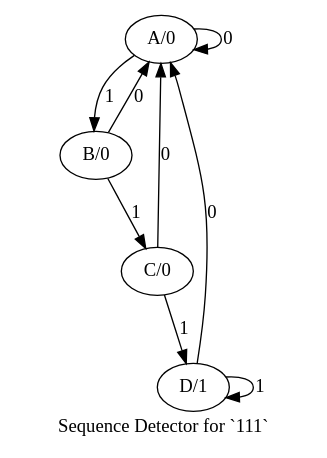
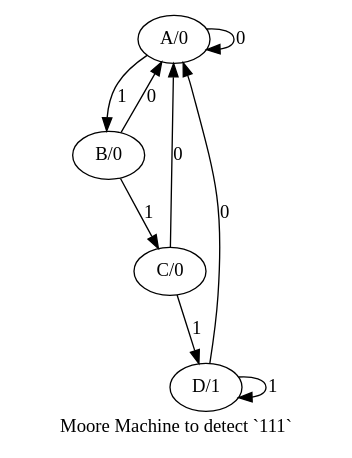
Before and after one commit to say4n/fsmutil: the diagram in seq2fsm/output/moore_fsm_for_111.dot, drawn with Graphviz. The commit also changed 13 other files, not shown here.

```diff
--- a/seq2fsm/output/moore_fsm_for_111.dot
+++ b/seq2fsm/output/moore_fsm_for_111.dot
@@ -1,19 +1,19 @@
 digraph "" {
-	graph [label="Sequence Detector for `111`"];
+	graph [label="Moore Machine to detect `111`"];
 	"A/0" -> "A/0" [key=0,
 	label=0];
 "A/0" -> "B/0" [key=0,
 label=1];
 "B/0" -> "A/0" [key=0,
 label=0];
 "B/0" -> "C/0" [key=0,
 label=1];
 "C/0" -> "A/0" [key=0,
 label=0];
 "C/0" -> "D/1" [key=0,
 label=1];
 "D/1" -> "A/0" [key=0,
 label=0];
 "D/1" -> "D/1" [key=0,
 label=1];
 }
```
